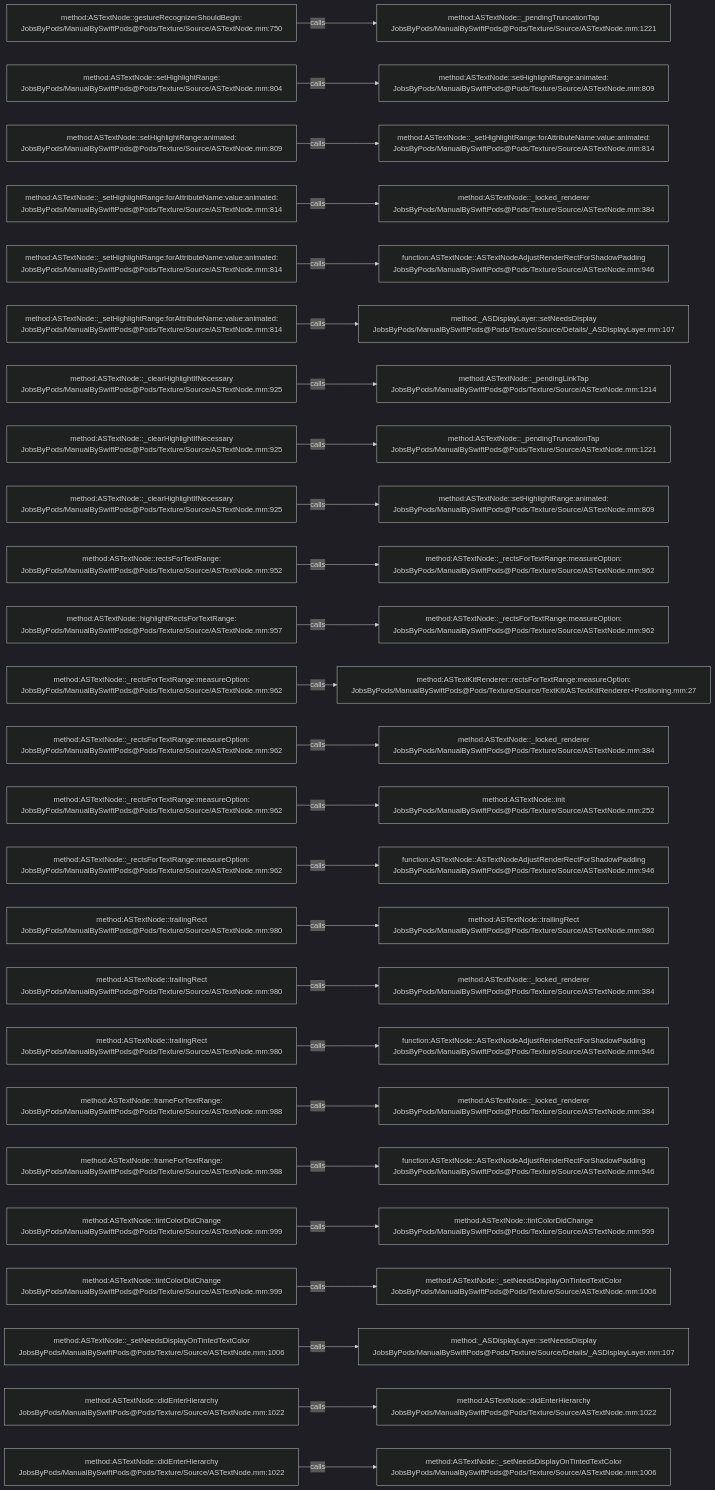
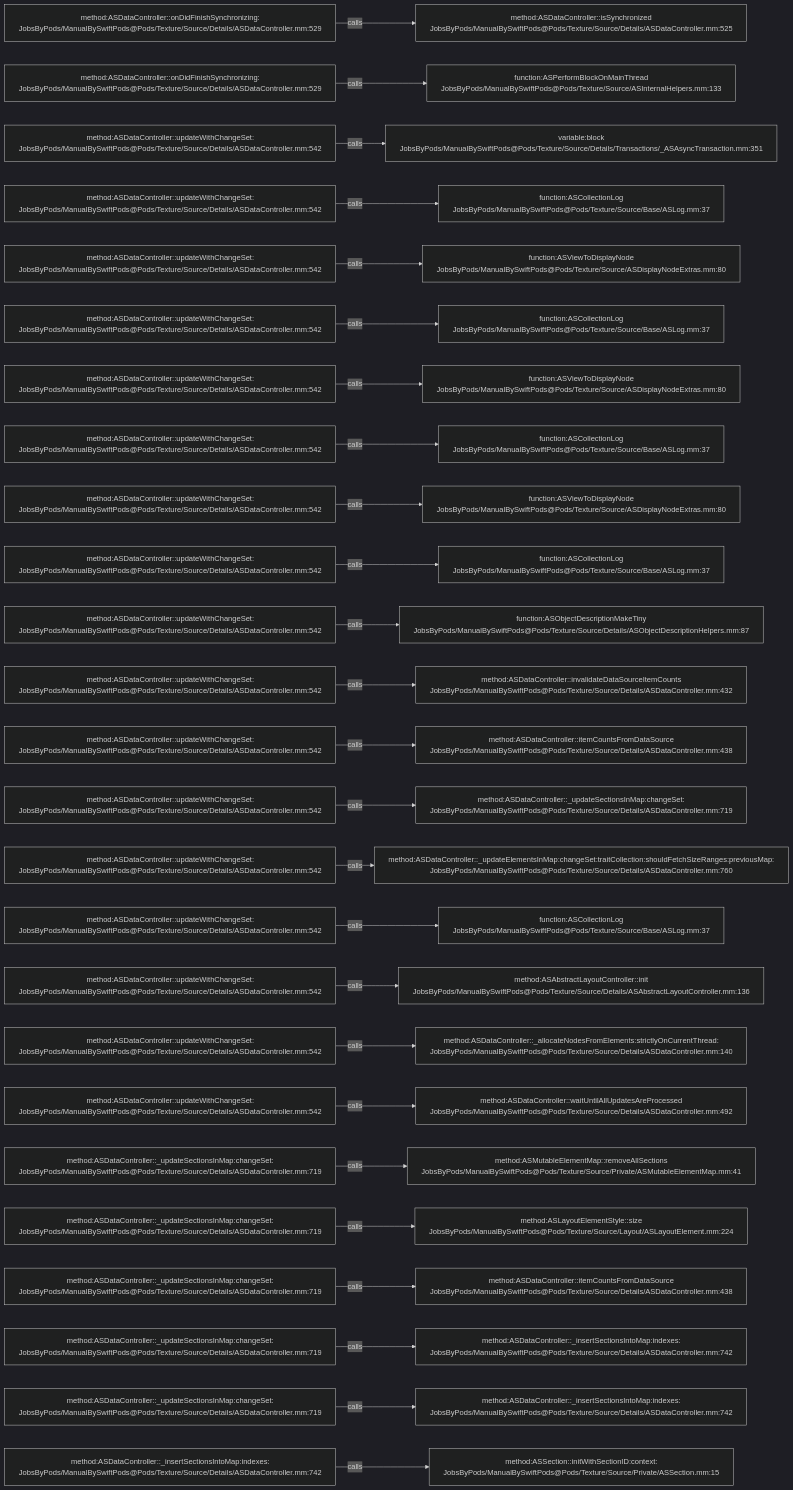
Before and after one commit to JobsKits/JobsSwiftBaseConfigDemo: the diagram in .codegraph/codegraph.md/graphs/calls-086.md, drawn with Mermaid (dark theme). The commit also changed 832 other files, not shown here.

````diff
--- a/.codegraph/codegraph.md/graphs/calls-086.md
+++ b/.codegraph/codegraph.md/graphs/calls-086.md
@@ -13,78 +13,78 @@
 ```mermaid
 flowchart LR
-  S1["method:ASTextNode::gestureRecognizerShouldBegin:<br/>JobsByPods/ManualBySwiftPods@Pods/Texture/Source/ASTextNode.mm:750"]
-  T1["method:ASTextNode::_pendingTruncationTap<br/>JobsByPods/ManualBySwiftPods@Pods/Texture/Source/ASTextNode.mm:1221"]
+  S1["method:ASDataController::onDidFinishSynchronizing:<br/>JobsByPods/ManualBySwiftPods@Pods/Texture/Source/Details/ASDataController.mm:529"]
+  T1["method:ASDataController::isSynchronized<br/>JobsByPods/ManualBySwiftPods@Pods/Texture/Source/Details/ASDataController.mm:525"]
   S1 -->|calls| T1
-  S2["method:ASTextNode::setHighlightRange:<br/>JobsByPods/ManualBySwiftPods@Pods/Texture/Source/ASTextNode.mm:804"]
-  T2["method:ASTextNode::setHighlightRange:animated:<br/>JobsByPods/ManualBySwiftPods@Pods/Texture/Source/ASTextNode.mm:809"]
+  S2["method:ASDataController::onDidFinishSynchronizing:<br/>JobsByPods/ManualBySwiftPods@Pods/Texture/Source/Details/ASDataController.mm:529"]
+  T2["function:ASPerformBlockOnMainThread<br/>JobsByPods/ManualBySwiftPods@Pods/Texture/Source/ASInternalHelpers.mm:133"]
   S2 -->|calls| T2
-  S3["method:ASTextNode::setHighlightRange:animated:<br/>JobsByPods/ManualBySwiftPods@Pods/Texture/Source/ASTextNode.mm:809"]
-  T3["method:ASTextNode::_setHighlightRange:forAttributeName:value:animated:<br/>JobsByPods/ManualBySwiftPods@Pods/Texture/Source/ASTextNode.mm:814"]
+  S3["method:ASDataController::updateWithChangeSet:<br/>JobsByPods/ManualBySwiftPods@Pods/Texture/Source/Details/ASDataController.mm:542"]
+  T3["variable:block<br/>JobsByPods/ManualBySwiftPods@Pods/Texture/Source/Details/Transactions/_ASAsyncTransaction.mm:351"]
   S3 -->|calls| T3
-  S4["method:ASTextNode::_setHighlightRange:forAttributeName:value:animated:<br/>JobsByPods/ManualBySwiftPods@Pods/Texture/Source/ASTextNode.mm:814"]
-  T4["method:ASTextNode::_locked_renderer<br/>JobsByPods/ManualBySwiftPods@Pods/Texture/Source/ASTextNode.mm:384"]
+  S4["method:ASDataController::updateWithChangeSet:<br/>JobsByPods/ManualBySwiftPods@Pods/Texture/Source/Details/ASDataController.mm:542"]
+  T4["function:ASCollectionLog<br/>JobsByPods/ManualBySwiftPods@Pods/Texture/Source/Base/ASLog.mm:37"]
   S4 -->|calls| T4
-  S5["method:ASTextNode::_setHighlightRange:forAttributeName:value:animated:<br/>JobsByPods/ManualBySwiftPods@Pods/Texture/Source/ASTextNode.mm:814"]
-  T5["function:ASTextNode::ASTextNodeAdjustRenderRectForShadowPadding<br/>JobsByPods/ManualBySwiftPods@Pods/Texture/Source/ASTextNode.mm:946"]
+  S5["method:ASDataController::updateWithChangeSet:<br/>JobsByPods/ManualBySwiftPods@Pods/Texture/Source/Details/ASDataController.mm:542"]
+  T5["function:ASViewToDisplayNode<br/>JobsByPods/ManualBySwiftPods@Pods/Texture/Source/ASDisplayNodeExtras.mm:80"]
   S5 -->|calls| T5
-  S6["method:ASTextNode::_setHighlightRange:forAttributeName:value:animated:<br/>JobsByPods/ManualBySwiftPods@Pods/Texture/Source/ASTextNode.mm:814"]
-  T6["method:_ASDisplayLayer::setNeedsDisplay<br/>JobsByPods/ManualBySwiftPods@Pods/Texture/Source/Details/_ASDisplayLayer.mm:107"]
+  S6["method:ASDataController::updateWithChangeSet:<br/>JobsByPods/ManualBySwiftPods@Pods/Texture/Source/Details/ASDataController.mm:542"]
+  T6["function:ASCollectionLog<br/>JobsByPods/ManualBySwiftPods@Pods/Texture/Source/Base/ASLog.mm:37"]
   S6 -->|calls| T6
-  S7["method:ASTextNode::_clearHighlightIfNecessary<br/>JobsByPods/ManualBySwiftPods@Pods/Texture/Source/ASTextNode.mm:925"]
-  T7["method:ASTextNode::_pendingLinkTap<br/>JobsByPods/ManualBySwiftPods@Pods/Texture/Source/ASTextNode.mm:1214"]
+  S7["method:ASDataController::updateWithChangeSet:<br/>JobsByPods/ManualBySwiftPods@Pods/Texture/Source/Details/ASDataController.mm:542"]
+  T7["function:ASViewToDisplayNode<br/>JobsByPods/ManualBySwiftPods@Pods/Texture/Source/ASDisplayNodeExtras.mm:80"]
   S7 -->|calls| T7
-  S8["method:ASTextNode::_clearHighlightIfNecessary<br/>JobsByPods/ManualBySwiftPods@Pods/Texture/Source/ASTextNode.mm:925"]
-  T8["method:ASTextNode::_pendingTruncationTap<br/>JobsByPods/ManualBySwiftPods@Pods/Texture/Source/ASTextNode.mm:1221"]
+  S8["method:ASDataController::updateWithChangeSet:<br/>JobsByPods/ManualBySwiftPods@Pods/Texture/Source/Details/ASDataController.mm:542"]
+  T8["function:ASCollectionLog<br/>JobsByPods/ManualBySwiftPods@Pods/Texture/Source/Base/ASLog.mm:37"]
   S8 -->|calls| T8
-  S9["method:ASTextNode::_clearHighlightIfNecessary<br/>JobsByPods/ManualBySwiftPods@Pods/Texture/Source/ASTextNode.mm:925"]
-  T9["method:ASTextNode::setHighlightRange:animated:<br/>JobsByPods/ManualBySwiftPods@Pods/Texture/Source/ASTextNode.mm:809"]
+  S9["method:ASDataController::updateWithChangeSet:<br/>JobsByPods/ManualBySwiftPods@Pods/Texture/Source/Details/ASDataController.mm:542"]
+  T9["function:ASViewToDisplayNode<br/>JobsByPods/ManualBySwiftPods@Pods/Texture/Source/ASDisplayNodeExtras.mm:80"]
   S9 -->|calls| T9
-  S10["method:ASTextNode::rectsForTextRange:<br/>JobsByPods/ManualBySwiftPods@Pods/Texture/Source/ASTextNode.mm:952"]
-  T10["method:ASTextNode::_rectsForTextRange:measureOption:<br/>JobsByPods/ManualBySwiftPods@Pods/Texture/Source/ASTextNode.mm:962"]
+  S10["method:ASDataController::updateWithChangeSet:<br/>JobsByPods/ManualBySwiftPods@Pods/Texture/Source/Details/ASDataController.mm:542"]
+  T10["function:ASCollectionLog<br/>JobsByPods/ManualBySwiftPods@Pods/Texture/Source/Base/ASLog.mm:37"]
   S10 -->|calls| T10
-  S11["method:ASTextNode::highlightRectsForTextRange:<br/>JobsByPods/ManualBySwiftPods@Pods/Texture/Source/ASTextNode.mm:957"]
-  T11["method:ASTextNode::_rectsForTextRange:measureOption:<br/>JobsByPods/ManualBySwiftPods@Pods/Texture/Source/ASTextNode.mm:962"]
+  S11["method:ASDataController::updateWithChangeSet:<br/>JobsByPods/ManualBySwiftPods@Pods/Texture/Source/Details/ASDataController.mm:542"]
+  T11["function:ASObjectDescriptionMakeTiny<br/>JobsByPods/ManualBySwiftPods@Pods/Texture/Source/Details/ASObjectDescriptionHelpers.mm:87"]
   S11 -->|calls| T11
-  S12["method:ASTextNode::_rectsForTextRange:measureOption:<br/>JobsByPods/ManualBySwiftPods@Pods/Texture/Source/ASTextNode.mm:962"]
-  T12["method:ASTextKitRenderer::rectsForTextRange:measureOption:<br/>JobsByPods/ManualBySwiftPods@Pods/Texture/Source/TextKit/ASTextKitRenderer+Positioning.mm:27"]
+  S12["method:ASDataController::updateWithChangeSet:<br/>JobsByPods/ManualBySwiftPods@Pods/Texture/Source/Details/ASDataController.mm:542"]
+  T12["method:ASDataController::invalidateDataSourceItemCounts<br/>JobsByPods/ManualBySwiftPods@Pods/Texture/Source/Details/ASDataController.mm:432"]
   S12 -->|calls| T12
-  S13["method:ASTextNode::_rectsForTextRange:measureOption:<br/>JobsByPods/ManualBySwiftPods@Pods/Texture/Source/ASTextNode.mm:962"]
-  T13["method:ASTextNode::_locked_renderer<br/>JobsByPods/ManualBySwiftPods@Pods/Texture/Source/ASTextNode.mm:384"]
+  S13["method:ASDataController::updateWithChangeSet:<br/>JobsByPods/ManualBySwiftPods@Pods/Texture/Source/Details/ASDataController.mm:542"]
+  T13["method:ASDataController::itemCountsFromDataSource<br/>JobsByPods/ManualBySwiftPods@Pods/Texture/Source/Details/ASDataController.mm:438"]
   S13 -->|calls| T13
-  S14["method:ASTextNode::_rectsForTextRange:measureOption:<br/>JobsByPods/ManualBySwiftPods@Pods/Texture/Source/ASTextNode.mm:962"]
-  T14["method:ASTextNode::init<br/>JobsByPods/ManualBySwiftPods@Pods/Texture/Source/ASTextNode.mm:252"]
+  S14["method:ASDataController::updateWithChangeSet:<br/>JobsByPods/ManualBySwiftPods@Pods/Texture/Source/Details/ASDataController.mm:542"]
+  T14["method:ASDataController::_updateSectionsInMap:changeSet:<br/>JobsByPods/ManualBySwiftPods@Pods/Texture/Source/Details/ASDataController.mm:719"]
   S14 -->|calls| T14
-  S15["method:ASTextNode::_rectsForTextRange:measureOption:<br/>JobsByPods/ManualBySwiftPods@Pods/Texture/Source/ASTextNode.mm:962"]
-  T15["function:ASTextNode::ASTextNodeAdjustRenderRectForShadowPadding<br/>JobsByPods/ManualBySwiftPods@Pods/Texture/Source/ASTextNode.mm:946"]
+  S15["method:ASDataController::updateWithChangeSet:<br/>JobsByPods/ManualBySwiftPods@Pods/Texture/Source/Details/ASDataController.mm:542"]
+  T15["method:ASDataController::_updateElementsInMap:changeSet:traitCollection:shouldFetchSizeRanges:previousMap:<br/>JobsByPods/ManualBySwiftPods@Pods/Texture/Source/Details/ASDataController.mm:760"]
   S15 -->|calls| T15
-  S16["method:ASTextNode::trailingRect<br/>JobsByPods/ManualBySwiftPods@Pods/Texture/Source/ASTextNode.mm:980"]
-  T16["method:ASTextNode::trailingRect<br/>JobsByPods/ManualBySwiftPods@Pods/Texture/Source/ASTextNode.mm:980"]
+  S16["method:ASDataController::updateWithChangeSet:<br/>JobsByPods/ManualBySwiftPods@Pods/Texture/Source/Details/ASDataController.mm:542"]
+  T16["function:ASCollectionLog<br/>JobsByPods/ManualBySwiftPods@Pods/Texture/Source/Base/ASLog.mm:37"]
   S16 -->|calls| T16
-  S17["method:ASTextNode::trailingRect<br/>JobsByPods/ManualBySwiftPods@Pods/Texture/Source/ASTextNode.mm:980"]
-  T17["method:ASTextNode::_locked_renderer<br/>JobsByPods/ManualBySwiftPods@Pods/Texture/Source/ASTextNode.mm:384"]
+  S17["method:ASDataController::updateWithChangeSet:<br/>JobsByPods/ManualBySwiftPods@Pods/Texture/Source/Details/ASDataController.mm:542"]
+  T17["method:ASAbstractLayoutController::init<br/>JobsByPods/ManualBySwiftPods@Pods/Texture/Source/Details/ASAbstractLayoutController.mm:136"]
   S17 -->|calls| T17
-  S18["method:ASTextNode::trailingRect<br/>JobsByPods/ManualBySwiftPods@Pods/Texture/Source/ASTextNode.mm:980"]
-  T18["function:ASTextNode::ASTextNodeAdjustRenderRectForShadowPadding<br/>JobsByPods/ManualBySwiftPods@Pods/Texture/Source/ASTextNode.mm:946"]
+  S18["method:ASDataController::updateWithChangeSet:<br/>JobsByPods/ManualBySwiftPods@Pods/Texture/Source/Details/ASDataController.mm:542"]
+  T18["method:ASDataController::_allocateNodesFromElements:strictlyOnCurrentThread:<br/>JobsByPods/ManualBySwiftPods@Pods/Texture/Source/Details/ASDataController.mm:140"]
   S18 -->|calls| T18
-  S19["method:ASTextNode::frameForTextRange:<br/>JobsByPods/ManualBySwiftPods@Pods/Texture/Source/ASTextNode.mm:988"]
-  T19["method:ASTextNode::_locked_renderer<br/>JobsByPods/ManualBySwiftPods@Pods/Texture/Source/ASTextNode.mm:384"]
+  S19["method:ASDataController::updateWithChangeSet:<br/>JobsByPods/ManualBySwiftPods@Pods/Texture/Source/Details/ASDataController.mm:542"]
+  T19["method:ASDataController::waitUntilAllUpdatesAreProcessed<br/>JobsByPods/ManualBySwiftPods@Pods/Texture/Source/Details/ASDataController.mm:492"]
   S19 -->|calls| T19
-  S20["method:ASTextNode::frameForTextRange:<br/>JobsByPods/ManualBySwiftPods@Pods/Texture/Source/ASTextNode.mm:988"]
-  T20["function:ASTextNode::ASTextNodeAdjustRenderRectForShadowPadding<br/>JobsByPods/ManualBySwiftPods@Pods/Texture/Source/ASTextNode.mm:946"]
+  S20["method:ASDataController::_updateSectionsInMap:changeSet:<br/>JobsByPods/ManualBySwiftPods@Pods/Texture/Source/Details/ASDataController.mm:719"]
+  T20["method:ASMutableElementMap::removeAllSections<br/>JobsByPods/ManualBySwiftPods@Pods/Texture/Source/Private/ASMutableElementMap.mm:41"]
   S20 -->|calls| T20
-  S21["method:ASTextNode::tintColorDidChange<br/>JobsByPods/ManualBySwiftPods@Pods/Texture/Source/ASTextNode.mm:999"]
-  T21["method:ASTextNode::tintColorDidChange<br/>JobsByPods/ManualBySwiftPods@Pods/Texture/Source/ASTextNode.mm:999"]
+  S21["method:ASDataController::_updateSectionsInMap:changeSet:<br/>JobsByPods/ManualBySwiftPods@Pods/Texture/Source/Details/ASDataController.mm:719"]
+  T21["method:ASLayoutElementStyle::size<br/>JobsByPods/ManualBySwiftPods@Pods/Texture/Source/Layout/ASLayoutElement.mm:224"]
   S21 -->|calls| T21
-  S22["method:ASTextNode::tintColorDidChange<br/>JobsByPods/ManualBySwiftPods@Pods/Texture/Source/ASTextNode.mm:999"]
-  T22["method:ASTextNode::_setNeedsDisplayOnTintedTextColor<br/>JobsByPods/ManualBySwiftPods@Pods/Texture/Source/ASTextNode.mm:1006"]
+  S22["method:ASDataController::_updateSectionsInMap:changeSet:<br/>JobsByPods/ManualBySwiftPods@Pods/Texture/Source/Details/ASDataController.mm:719"]
+  T22["method:ASDataController::itemCountsFromDataSource<br/>JobsByPods/ManualBySwiftPods@Pods/Texture/Source/Details/ASDataController.mm:438"]
   S22 -->|calls| T22
-  S23["method:ASTextNode::_setNeedsDisplayOnTintedTextColor<br/>JobsByPods/ManualBySwiftPods@Pods/Texture/Source/ASTextNode.mm:1006"]
-  T23["method:_ASDisplayLayer::setNeedsDisplay<br/>JobsByPods/ManualBySwiftPods@Pods/Texture/Source/Details/_ASDisplayLayer.mm:107"]
+  S23["method:ASDataController::_updateSectionsInMap:changeSet:<br/>JobsByPods/ManualBySwiftPods@Pods/Texture/Source/Details/ASDataController.mm:719"]
+  T23["method:ASDataController::_insertSectionsIntoMap:indexes:<br/>JobsByPods/ManualBySwiftPods@Pods/Texture/Source/Details/ASDataController.mm:742"]
   S23 -->|calls| T23
-  S24["method:ASTextNode::didEnterHierarchy<br/>JobsByPods/ManualBySwiftPods@Pods/Texture/Source/ASTextNode.mm:1022"]
-  T24["method:ASTextNode::didEnterHierarchy<br/>JobsByPods/ManualBySwiftPods@Pods/Texture/Source/ASTextNode.mm:1022"]
+  S24["method:ASDataController::_updateSectionsInMap:changeSet:<br/>JobsByPods/ManualBySwiftPods@Pods/Texture/Source/Details/ASDataController.mm:719"]
+  T24["method:ASDataController::_insertSectionsIntoMap:indexes:<br/>JobsByPods/ManualBySwiftPods@Pods/Texture/Source/Details/ASDataController.mm:742"]
   S24 -->|calls| T24
-  S25["method:ASTextNode::didEnterHierarchy<br/>JobsByPods/ManualBySwiftPods@Pods/Texture/Source/ASTextNode.mm:1022"]
-  T25["method:ASTextNode::_setNeedsDisplayOnTintedTextColor<br/>JobsByPods/ManualBySwiftPods@Pods/Texture/Source/ASTextNode.mm:1006"]
+  S25["method:ASDataController::_insertSectionsIntoMap:indexes:<br/>JobsByPods/ManualBySwiftPods@Pods/Texture/Source/Details/ASDataController.mm:742"]
+  T25["method:ASSection::initWithSectionID:context:<br/>JobsByPods/ManualBySwiftPods@Pods/Texture/Source/Private/ASSection.mm:15"]
   S25 -->|calls| T25
 ```
````
